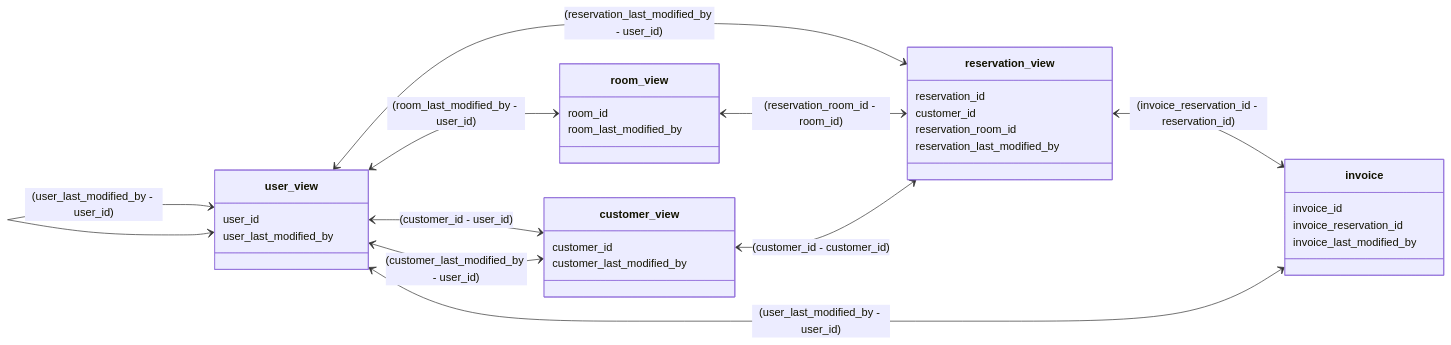
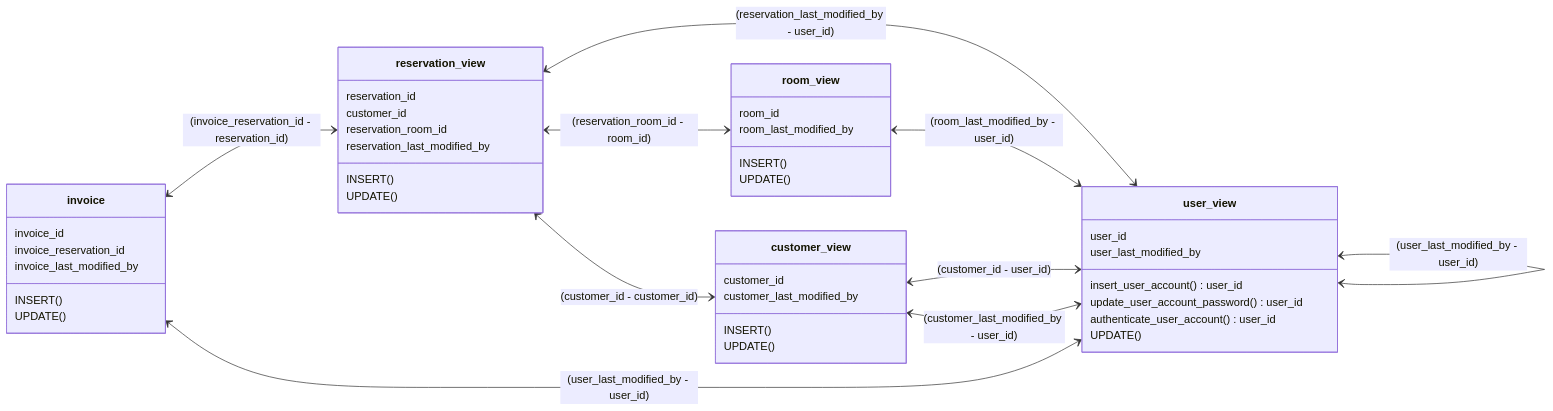
Before and after one commit to PLProjektKompetencyjny/PK_6IO1z_Projekt4_DataBase: the diagram in README.md, drawn with Mermaid. The commit also changed other lines of this file, not shown here.

````diff
--- a/README.md
+++ b/README.md
@@ -75,44 +87,61 @@
 ``` mermaid
 
 classDiagram
-direction RL
+direction LR
 
 class reservation_view{
     reservation_id
     customer_id
     reservation_room_id
     reservation_last_modified_by
+
+    INSERT()
+    UPDATE()
 }
 
 class room_view {
     room_id
     room_last_modified_by
+
+    INSERT()
+    UPDATE()
 }
 
 class customer_view {
     customer_id
     customer_last_modified_by
+
+    INSERT()
+    UPDATE()
 }
 
 class user_view {
     user_id
     user_last_modified_by
+
+    insert_user_account() user_id
+    update_user_account_password() user_id
+    authenticate_user_account() user_id
+    UPDATE()
 }
 
 class invoice {
     invoice_id
     invoice_reservation_id
     invoice_last_modified_by
+
+    INSERT()
+    UPDATE()
 }
 
 reservation_view <--> customer_view : (customer_id - customer_id)
 reservation_view <--> room_view : (reservation_room_id - room_id)
 reservation_view <--> user_view : (reservation_last_modified_by - user_id)
 room_view <--> user_view : (room_last_modified_by - user_id)
 customer_view <--> user_view : (customer_id - user_id)
 customer_view <--> user_view : (customer_last_modified_by - user_id)
 user_view <--> user_view  : (user_last_modified_by - user_id)
 invoice <--> reservation_view: (invoice_reservation_id - reservation_id)
 invoice <--> user_view : (user_last_modified_by - user_id)
 
 ```
````
